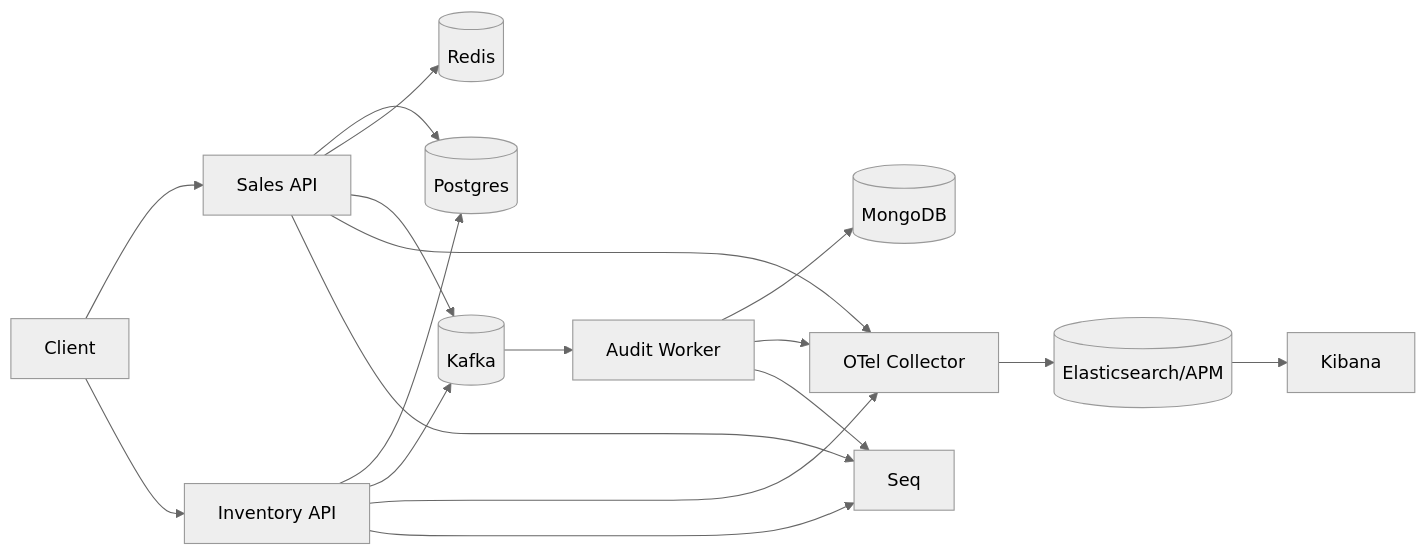
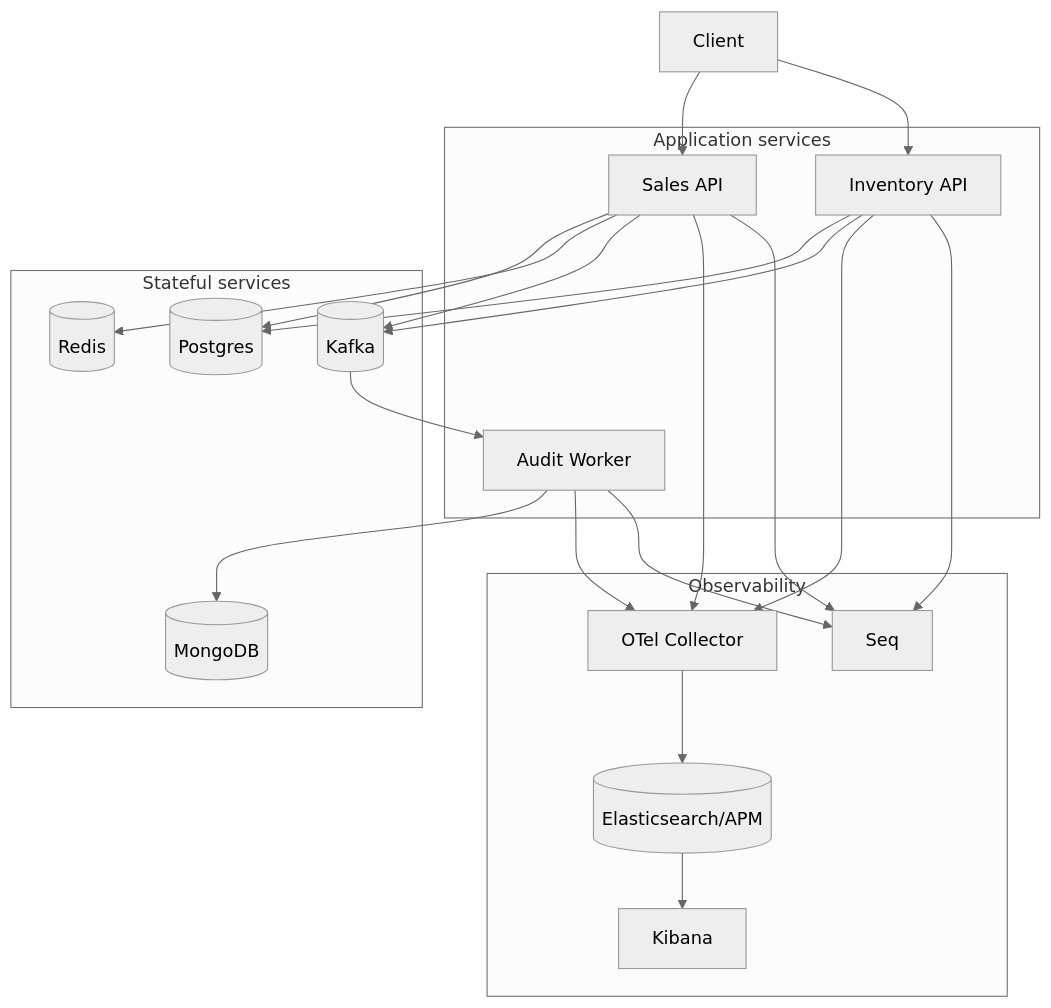
Diagram 11 of 12 in docs/tech/requirements-map.md (dangph299/Sales-project), drawn with Mermaid (neutral theme) before and after one commit. The commit also changed other lines of this file and 13 other files, not shown here.

````diff
--- a/docs/tech/requirements-map.md
+++ b/docs/tech/requirements-map.md
@@ -569,20 +583,42 @@
 ```mermaid
-flowchart LR
-    Client[Client] --> Sales[Sales API]
-    Client --> Inventory[Inventory API]
-    Sales --> Postgres[(Postgres)]
+flowchart TD
+    Client[Client]
+
+    subgraph Apps[Application services]
+        Sales[Sales API]
+        Inventory[Inventory API]
+        Audit[Audit Worker]
+    end
+
+    subgraph Data[Stateful services]
+        Postgres[(Postgres)]
+        Redis[(Redis)]
+        Kafka[(Kafka)]
+        Mongo[(MongoDB)]
+    end
+
+    subgraph Observability[Observability]
+        OTel[OTel Collector]
+        Elastic[(Elasticsearch/APM)]
+        Kibana[Kibana]
+        Seq[Seq]
+    end
+
+    Client --> Sales
+    Client --> Inventory
+    Sales --> Postgres
     Inventory --> Postgres
-    Sales --> Redis[(Redis)]
-    Sales --> Kafka[(Kafka)]
+    Sales --> Redis
+    Sales --> Kafka
     Inventory --> Kafka
-    Kafka --> Audit[Audit Worker]
-    Audit --> Mongo[(MongoDB)]
-    Sales --> OTel[OTel Collector]
+    Kafka --> Audit
+    Audit --> Mongo
+    Sales --> OTel
     Inventory --> OTel
     Audit --> OTel
-    OTel --> Elastic[(Elasticsearch/APM)]
-    Elastic --> Kibana[Kibana]
-    Sales --> Seq[Seq]
+    OTel --> Elastic
+    Elastic --> Kibana
+    Sales --> Seq
     Inventory --> Seq
     Audit --> Seq
 ```
````
